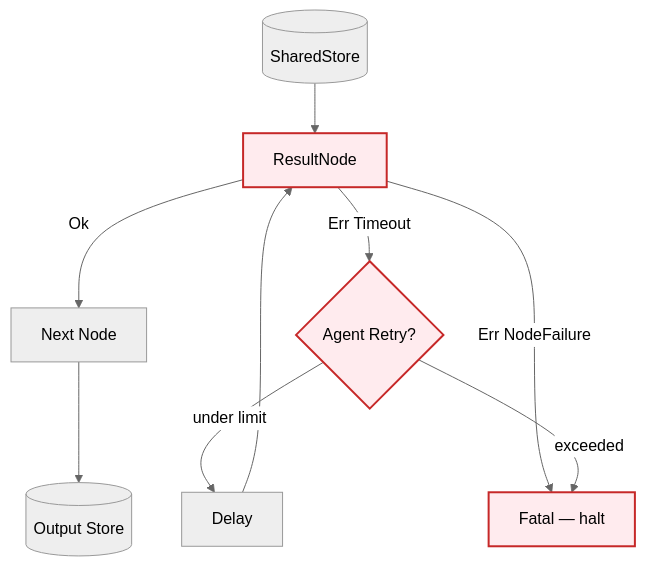
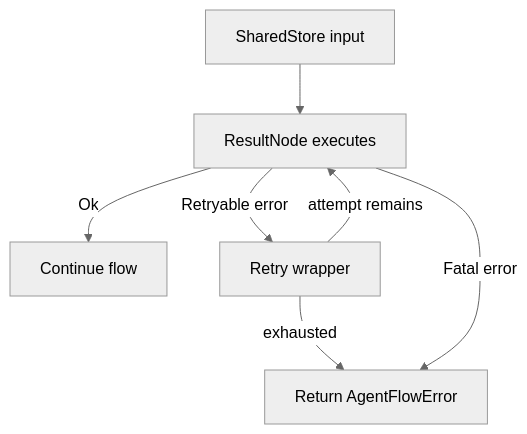
The diagram in examples/ERROR_HANDLING.md (EzekTec-Inc/AgentFlow), drawn with Mermaid (neutral theme) before and after one commit. The commit also changed other lines of this file and 27 other files, not shown here.

````diff
--- a/examples/ERROR_HANDLING.md
+++ b/examples/ERROR_HANDLING.md
@@ -28,13 +21,9 @@
 ```mermaid
-graph TD
-    Input[(SharedStore)] --> RN[ResultNode]
-    RN -->|Ok| Next[Next Node]
-    RN -->|Err Timeout| Retry{Agent Retry?}
-    RN -->|Err NodeFailure| Fatal[Fatal — halt]
-    Retry -->|under limit| Wait[Delay] --> RN
-    Retry -->|exceeded| Fatal
-    Next --> Output[(Output Store)]
-
-    classDef err fill:#ffebee,stroke:#c62828,stroke-width:2px;
-    class RN,Retry,Fatal err;
+flowchart TD
+    A[SharedStore input] --> B[ResultNode executes]
+    B -->|Ok| C[Continue flow]
+    B -->|Retryable error| D[Retry wrapper]
+    D -->|attempt remains| B
+    D -->|exhausted| E[Return AgentFlowError]
+    B -->|Fatal error| E
 ```
````
